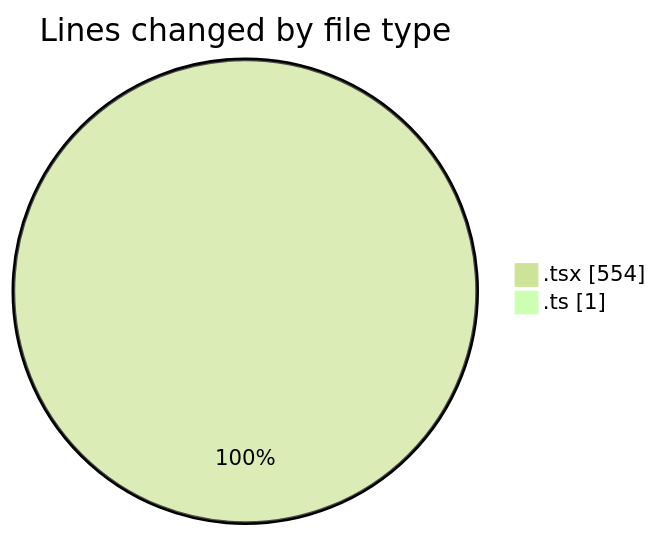
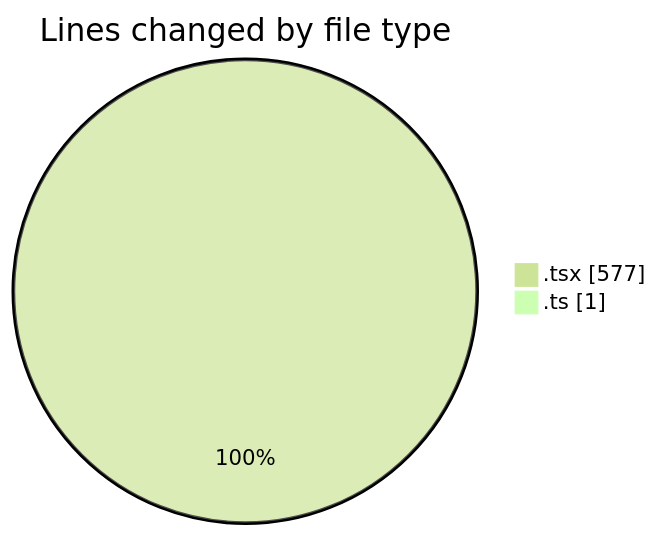
The first of 2 diagrams in 2025-03-08/mbc-web/README.md (robertbonfada/code-tracking), drawn with Mermaid (forest theme) before and after one commit. The commit also changed other lines of this file and 1 other file, not shown here.

````diff
--- a/2025-03-08/mbc-web/README.md
+++ b/2025-03-08/mbc-web/README.md
@@ -24,6 +25,6 @@
 ```mermaid
 pie showData
 title Lines changed by file type
-".tsx" : 554
+".tsx" : 577
 ".ts" : 1
 ```
````
